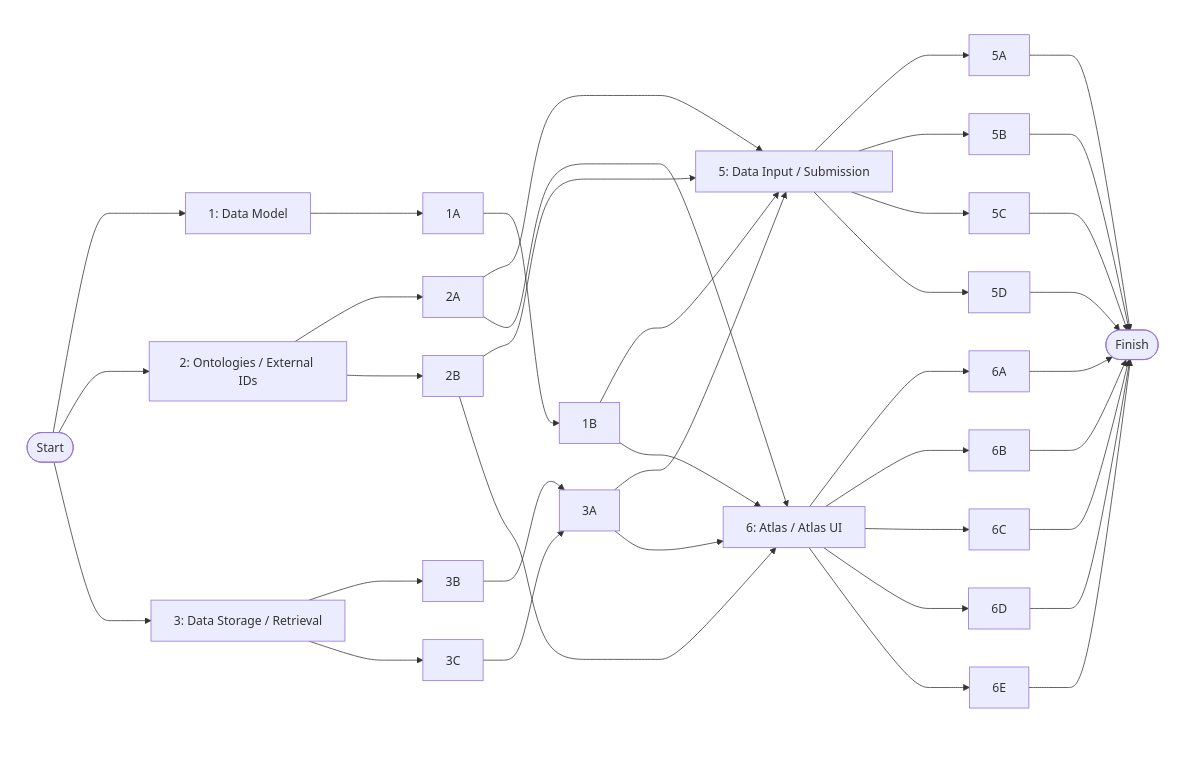
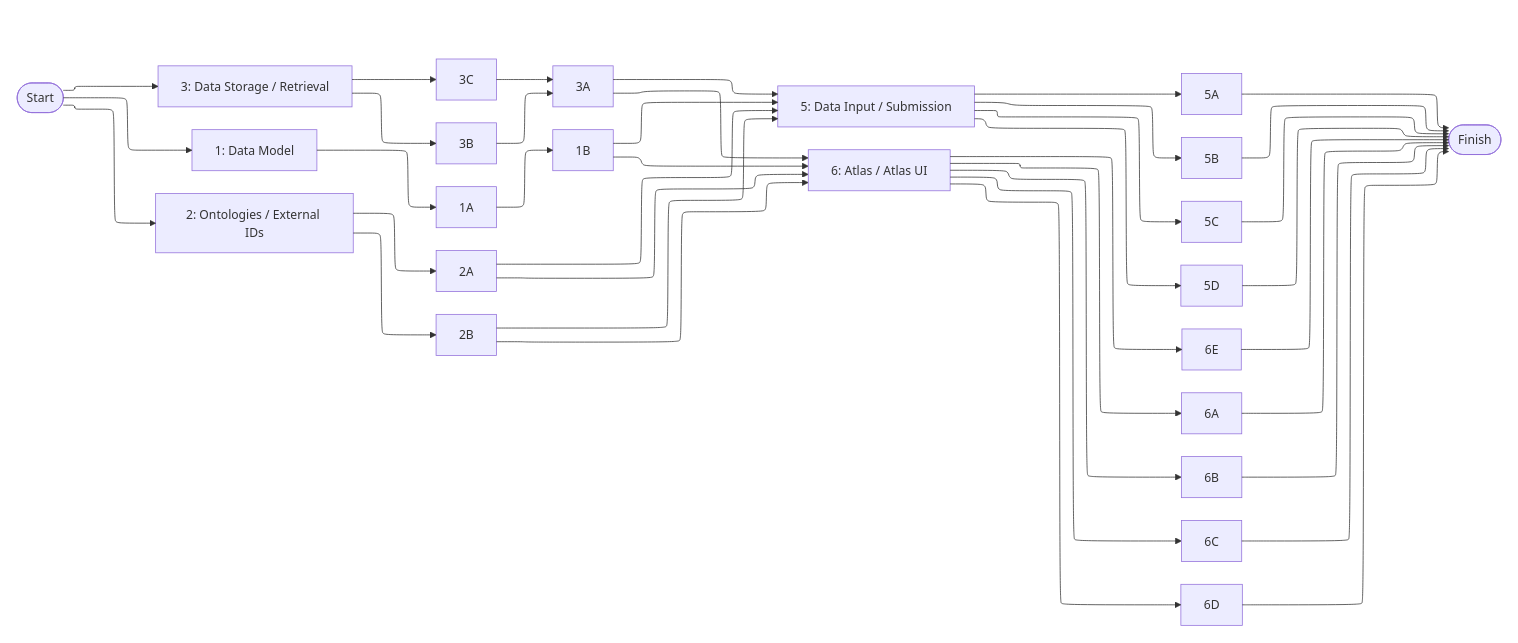
The ninth of 9 diagrams in README.md (zappfish/zapp-requirements-tracker), drawn with Mermaid before and after one commit.

Commit message:
Try ELK renderer for uniform center edge routing in network diagram

````diff
--- a/README.md
+++ b/README.md
@@ -388,4 +388,5 @@
 ```mermaid
+%%{init: {"flowchart": {"defaultRenderer": "elk"}} }%%
 graph LR
     subgraph col0[" "]
         Start(["Start"])
````
